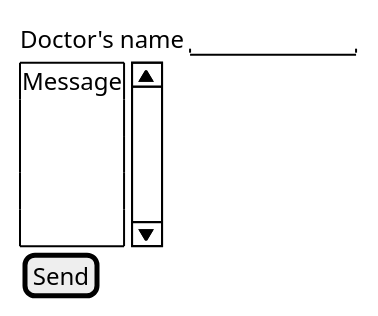
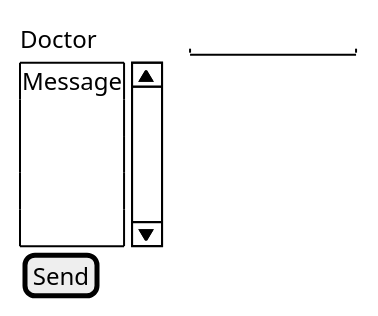
Before and after one commit to oleksandrblazhko/ai202-polyanskij: the diagram in 2-SoftwareDesign/2.8-TestCases/1-FR-Specification.puml, drawn with PlantUML.

```diff
--- a/2-SoftwareDesign/2.8-TestCases/1-FR-Specification.puml
+++ b/2-SoftwareDesign/2.8-TestCases/1-FR-Specification.puml
@@ -1,16 +1,16 @@
 @startsalt
 
 {
-Doctor's name| "          "
+Doctor| "          "
 {SI
 Message
 .
 .
 .
 .
 }
 [Send] 
 }
 
 
 @endsalt
```
